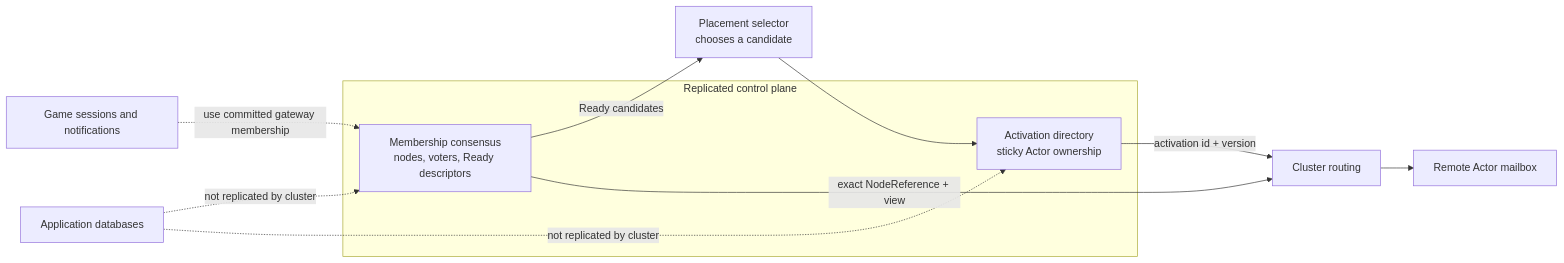
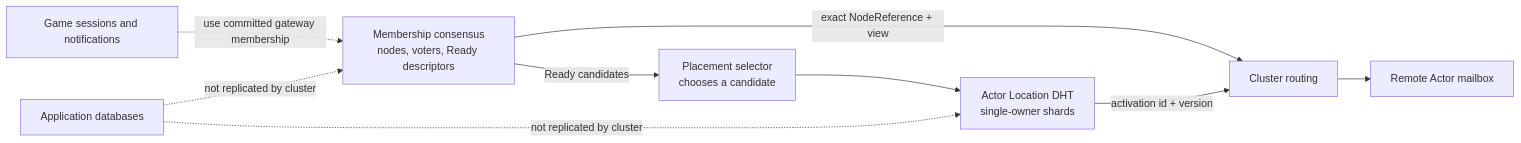
The first of 15 diagrams in docs/cluster.md (bruce48x/Lakona), drawn with Mermaid before and after one commit. The commit also changed other lines of this file and 120 other files, not shown here.

````diff
--- a/docs/cluster.md
+++ b/docs/cluster.md
@@ -17,17 +17,15 @@
 ```mermaid
 flowchart LR
-    subgraph Control["Replicated control plane"]
-        M["Membership consensus<br/>nodes, voters, Ready descriptors"]
-        A["Activation directory<br/>sticky Actor ownership"]
-    end
+    M["Membership consensus<br/>nodes, voters, Ready descriptors"]
+    A["Actor Location DHT<br/>single-owner shards"]
 
     P["Placement selector<br/>chooses a candidate"] --> A
     M -->|"Ready candidates"| P
     M -->|"exact NodeReference + view"| R["Cluster routing"]
     A -->|"activation id + version"| R
     R --> B["Remote Actor mailbox"]
 
     G["Game sessions and notifications"] -.->|"use committed gateway membership"| M
     D["Application databases"] -.->|"not replicated by cluster"| M
     D -.->|"not replicated by cluster"| A
 ```
````
